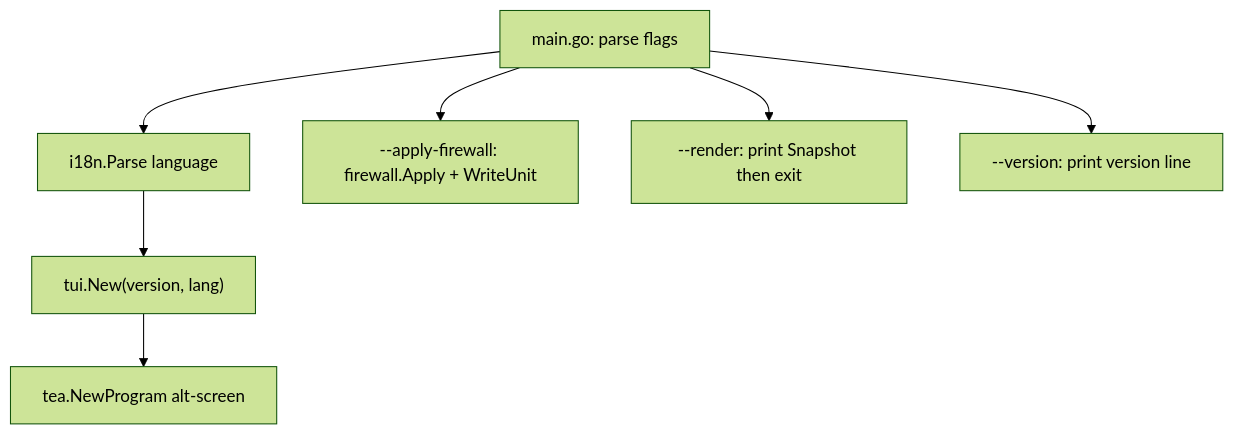
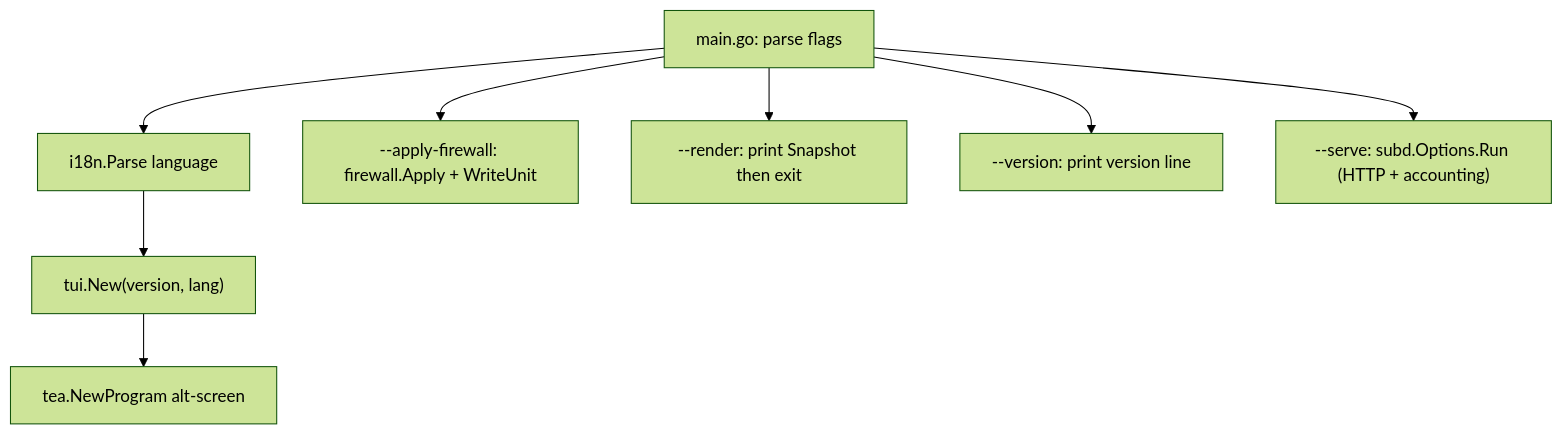
One commit to MinimaxFlora/EasySB changed the diagram in docs/architecture.md. Above: the diagram before and after it, drawn with Mermaid (forest theme). The commit also changed other lines of this file and 57 other files, not shown here.

````diff
--- a/docs/architecture.md
+++ b/docs/architecture.md
@@ -73,9 +76,10 @@
 ```mermaid
 graph TD
     A["main.go: parse flags"] --> B["i18n.Parse language"]
     B --> C["tui.New(version, lang)"]
     C --> D["tea.NewProgram alt-screen"]
     A --> E["--apply-firewall: firewall.Apply + WriteUnit"]
     A --> F["--render: print Snapshot then exit"]
     A --> G["--version: print version line"]
+    A --> H["--serve: subd.Options.Run (HTTP + accounting)"]
 ```
````
